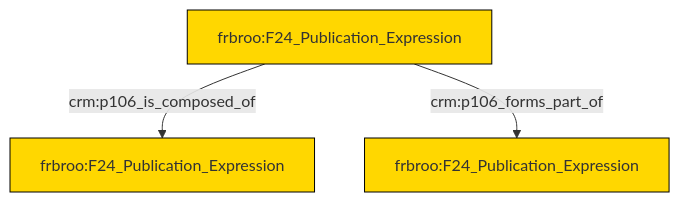
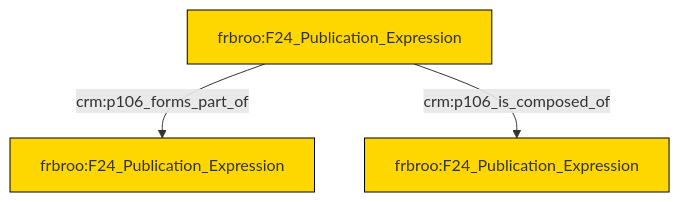
One commit to ncarboni/srdm changed the diagram in et/biblioCSV/ttl/mmd/biblio_parthood.ttl.mmd. Above: the diagram before and after it, drawn with Mermaid. The commit also changed 184 other files, not shown here.

```diff
--- a/et/biblioCSV/ttl/mmd/biblio_parthood.ttl.mmd
+++ b/et/biblioCSV/ttl/mmd/biblio_parthood.ttl.mmd
@@ -1,17 +1,17 @@
 graph TD
 classDef Literal fill:#f2f2f2,stroke:#000000;
 classDef CRM_Entity fill:#FFFFFF,stroke:#000000;
 classDef Temporal_Entity fill:#00C9E6, stroke:#000000;
 classDef Type fill:#E18312, stroke:#000000;
 classDef Time-Span fill:#2C9C91, stroke:#000000;
 classDef Appellation fill:#FFEB7F, stroke:#000000;
 classDef Place fill:#008836, stroke:#000000;
 classDef Persistent_Item fill:#B266B2, stroke:#000000;
 classDef Conceptual_Object fill:#FFD700, stroke:#000000;
 classDef Physical_Thing fill:#D2B48C, stroke:#000000;
 classDef Actor fill:#f58aad, stroke:#000000;
 classDef PC_Classes fill:#4ce600, stroke:#000000;
 classDef Multi fill:#cccccc,stroke:#000000;
 
-0["frbroo:F24_Publication_Expression"]:::Conceptual_Object -->|crm:p106_is_composed_of| 1["frbroo:F24_Publication_Expression"]:::Conceptual_Object
 0["frbroo:F24_Publication_Expression"]:::Conceptual_Object -->|crm:p106_forms_part_of| 4["frbroo:F24_Publication_Expression"]:::Conceptual_Object
+0["frbroo:F24_Publication_Expression"]:::Conceptual_Object -->|crm:p106_is_composed_of| 2["frbroo:F24_Publication_Expression"]:::Conceptual_Object
```
